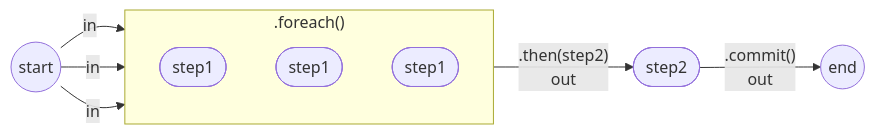
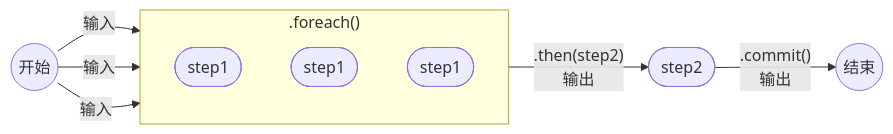
The seventh of 7 diagrams in i18n/zh-CN/docusaurus-plugin-content-docs/current/workflows/control-flow.mdx (youngjunning/mastra.youngjunning.com), drawn with Mermaid before and after one commit. The commit also changed other lines of this file and 3073 other files, not shown here.

````diff
--- a/i18n/zh-CN/docusaurus-plugin-content-docs/current/workflows/control-flow.mdx
+++ b/i18n/zh-CN/docusaurus-plugin-content-docs/current/workflows/control-flow.mdx
@@ -664,19 +664,19 @@
 ```mermaid
 flowchart LR
-  accTitle: Run a workflow step for each array item
-  accDescr: The foreach operation passes three example items into separate runs of step1, then passes their collected results to step2 before the workflow ends.
+  accTitle: 对数组中的每个元素运行 Workflow 步骤
+  accDescr: foreach 操作将三个示例元素分别传给 step1 执行，再将收集到的结果传给 step2，最后结束 Workflow。
   subgraph foreach[".foreach()"]
     direction TB
     step1a([step1])
     step1b([step1])
     step1c([step1])
   end
 
-  start(( start )) -->|in| step1a
-  start -->|in| step1b
-  start -->|in| step1c
-  foreach -->|".then(step2)"<br/>out| step2([step2])
-  step2 -->|".commit()"<br/>out| endNode(( end ))
+  start(( 开始 )) -->|输入| step1a
+  start -->|输入| step1b
+  start -->|输入| step1c
+  foreach -->|".then(step2)"<br/>输出| step2([step2])
+  step2 -->|".commit()"<br/>输出| endNode(( 结束 ))
 
   class endNode accent
 ```
````
